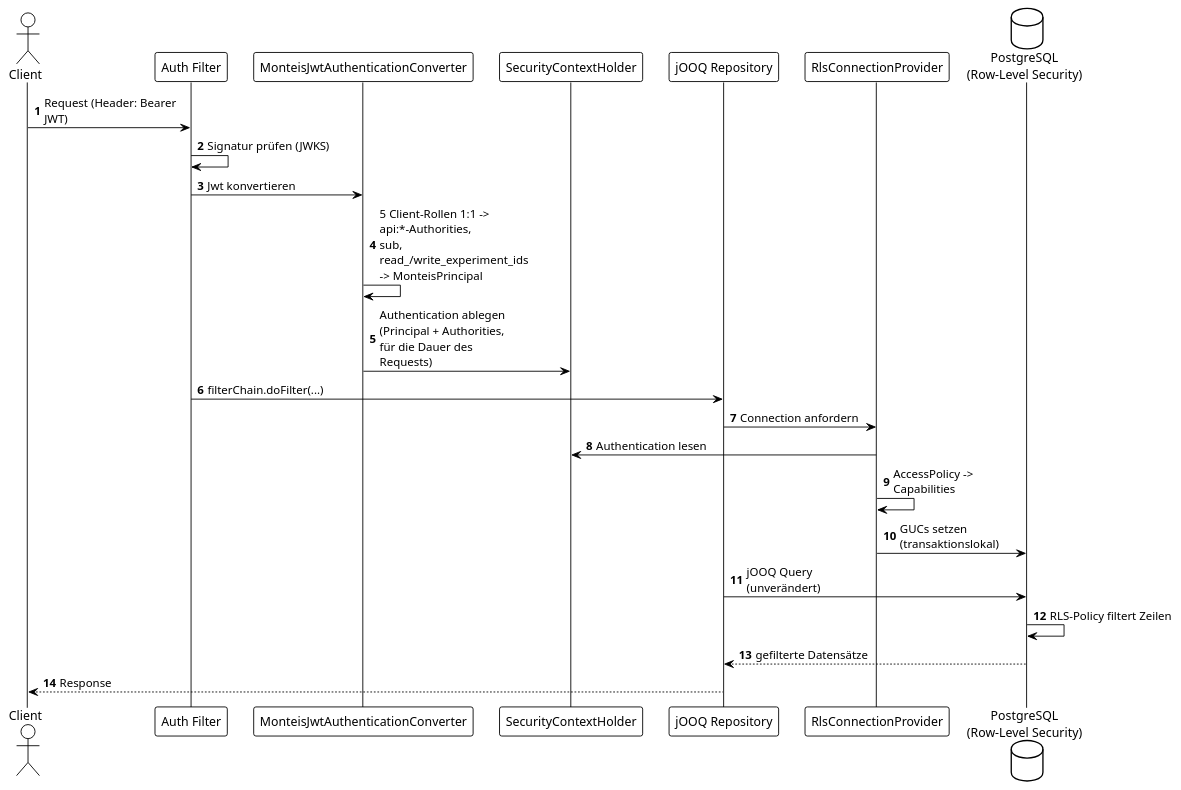
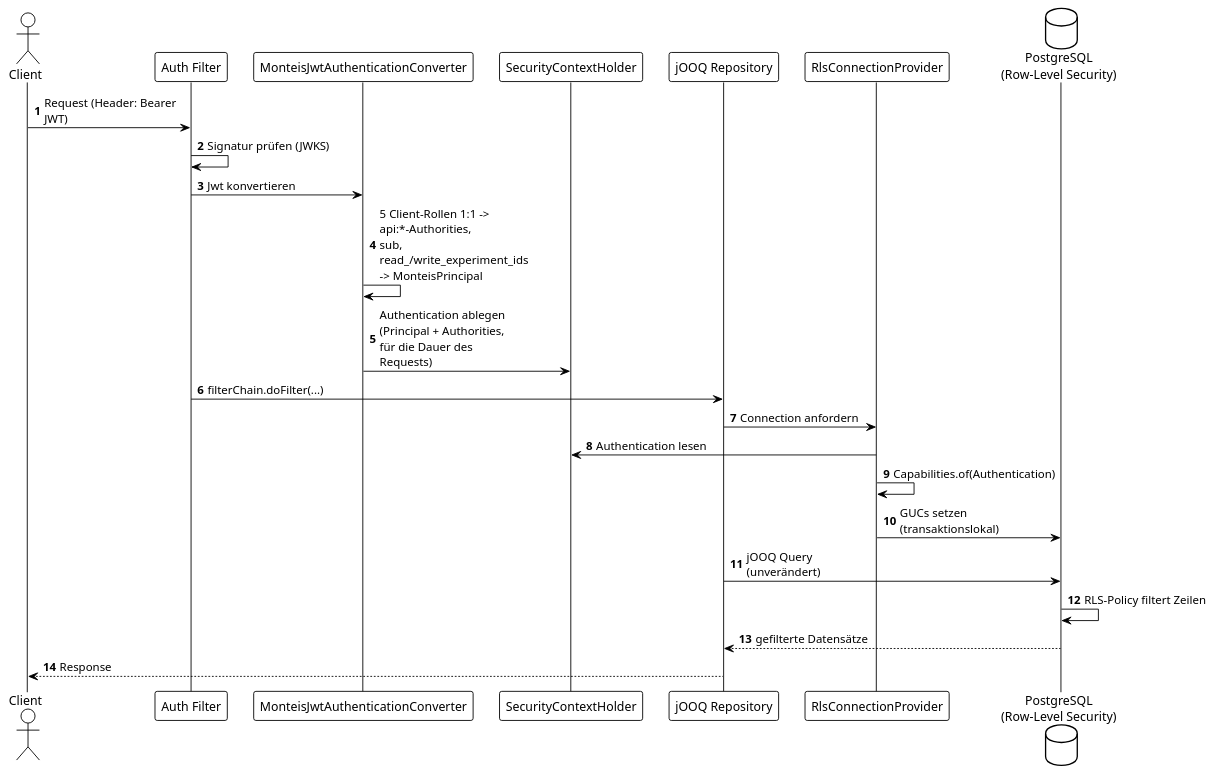
One commit to swisstopo/lg-monteis changed the diagram in documentation/architecture/images/security-context-flow.puml. Above: the diagram before and after it, drawn with PlantUML. The commit also changed 17 other files, not shown here.

```diff
--- a/documentation/architecture/images/security-context-flow.puml
+++ b/documentation/architecture/images/security-context-flow.puml
@@ -1,31 +1,31 @@
 @startuml
 !theme plain
 autonumber
 skinparam maxMessageSize 150
 
 actor Client
 participant "Auth Filter" as AuthFilter
 participant "MonteisJwtAuthenticationConverter" as Converter
 participant "SecurityContextHolder" as Holder
 participant "jOOQ Repository" as Repo
 participant "RlsConnectionProvider" as ConnProvider
 database "PostgreSQL\n(Row-Level Security)" as DB
 
 Client -> AuthFilter : Request (Header: Bearer JWT)
 AuthFilter -> AuthFilter : Signatur prüfen (JWKS)
 AuthFilter -> Converter : Jwt konvertieren
 
 Converter -> Converter : 5 Client-Rollen 1:1 -> api:*-Authorities,\nsub, read_/write_experiment_ids -> MonteisPrincipal
 Converter -> Holder : Authentication ablegen\n(Principal + Authorities, für die Dauer des Requests)
 
 AuthFilter -> Repo : filterChain.doFilter(...)
 Repo -> ConnProvider : Connection anfordern
 ConnProvider -> Holder : Authentication lesen
-ConnProvider -> ConnProvider : AccessPolicy -> Capabilities
+ConnProvider -> ConnProvider : Capabilities.of(Authentication)
 ConnProvider -> DB : GUCs setzen (transaktionslokal)
 Repo -> DB : jOOQ Query (unverändert)
 DB -> DB : RLS-Policy filtert Zeilen
 DB --> Repo : gefilterte Datensätze
 Repo --> Client : Response
 
 @enduml
```
